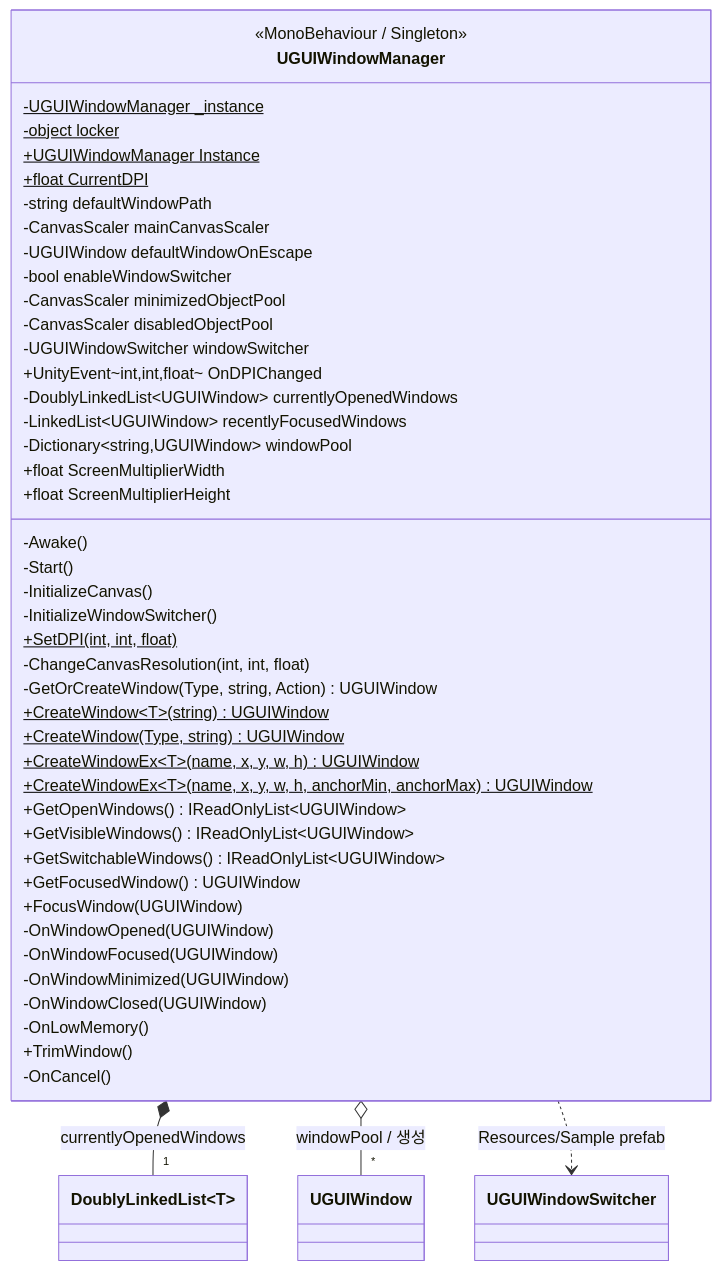
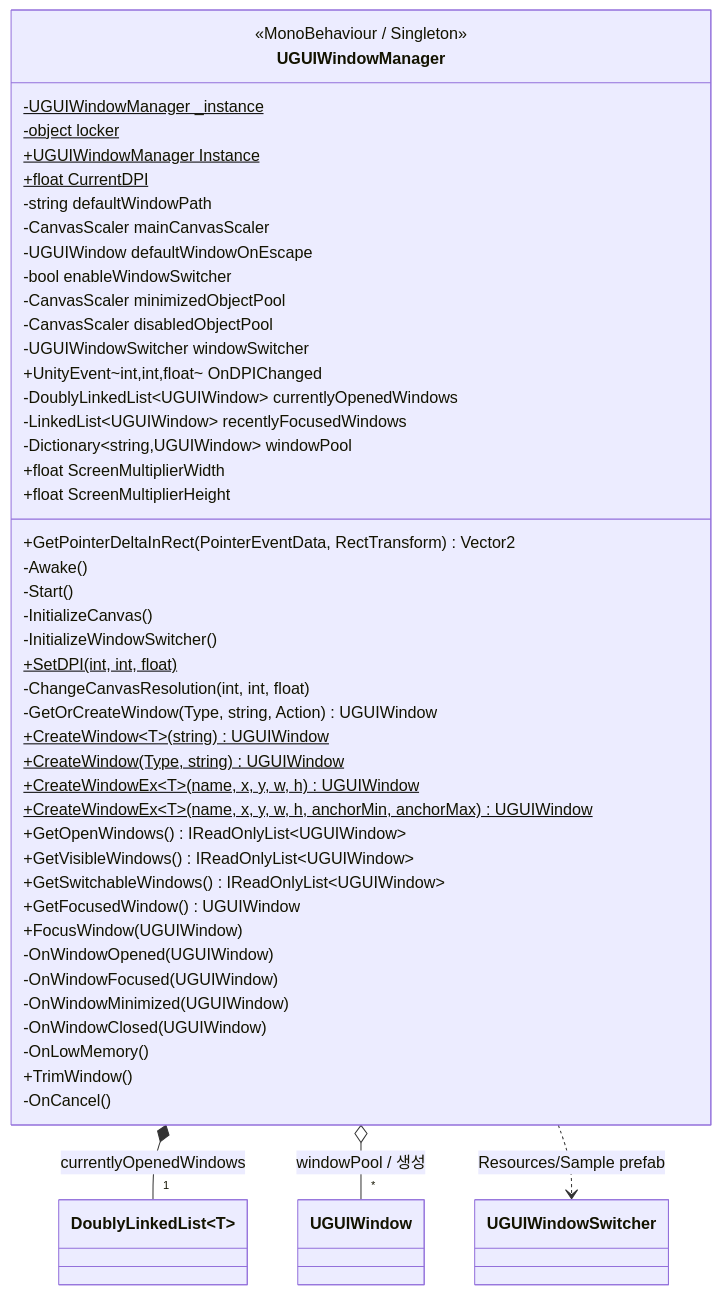
One commit to ThunderVolt45/UGUI-Window-Sample changed the diagram in docs/class-diagram/UGUIWindowManager.md. Above: the diagram before and after it, drawn with Mermaid. The commit also changed other lines of this file and 8 other files, not shown here.

````diff
--- a/docs/class-diagram/UGUIWindowManager.md
+++ b/docs/class-diagram/UGUIWindowManager.md
@@ -8,56 +8,57 @@
 ```mermaid
 classDiagram
     direction TB
 
     class UGUIWindowManager {
         <<MonoBehaviour / Singleton>>
         -UGUIWindowManager _instance$
         -object locker$
         +UGUIWindowManager Instance$
         +float CurrentDPI$
         -string defaultWindowPath
         -CanvasScaler mainCanvasScaler
         -UGUIWindow defaultWindowOnEscape
         -bool enableWindowSwitcher
         -CanvasScaler minimizedObjectPool
         -CanvasScaler disabledObjectPool
         -UGUIWindowSwitcher windowSwitcher
         +UnityEvent~int,int,float~ OnDPIChanged
         -DoublyLinkedList~UGUIWindow~ currentlyOpenedWindows
         -LinkedList~UGUIWindow~ recentlyFocusedWindows
         -Dictionary~string,UGUIWindow~ windowPool
+        +GetPointerDeltaInRect(PointerEventData, RectTransform) Vector2
         +float ScreenMultiplierWidth
         +float ScreenMultiplierHeight
         -Awake()
         -Start()
         -InitializeCanvas()
         -InitializeWindowSwitcher()
         +SetDPI(int, int, float)$
         -ChangeCanvasResolution(int, int, float)
         -GetOrCreateWindow(Type, string, Action) UGUIWindow
         +CreateWindow~T~(string) UGUIWindow$
         +CreateWindow(Type, string) UGUIWindow$
         +CreateWindowEx~T~(name, x, y, w, h) UGUIWindow$
         +CreateWindowEx~T~(name, x, y, w, h, anchorMin, anchorMax) UGUIWindow$
         +GetOpenWindows() IReadOnlyList~UGUIWindow~
         +GetVisibleWindows() IReadOnlyList~UGUIWindow~
         +GetSwitchableWindows() IReadOnlyList~UGUIWindow~
         +GetFocusedWindow() UGUIWindow
         +FocusWindow(UGUIWindow)
         -OnWindowOpened(UGUIWindow)
         -OnWindowFocused(UGUIWindow)
         -OnWindowMinimized(UGUIWindow)
         -OnWindowClosed(UGUIWindow)
         -OnLowMemory()
         +TrimWindow()
         -OnCancel()
     }
 
     class DoublyLinkedList~T~
     class UGUIWindow
     class UGUIWindowSwitcher
 
     UGUIWindowManager *-- "1" DoublyLinkedList~T~ : currentlyOpenedWindows
     UGUIWindowManager o-- "*" UGUIWindow : windowPool / 생성
     UGUIWindowManager ..> UGUIWindowSwitcher : Resources/Sample prefab
 ```
````
